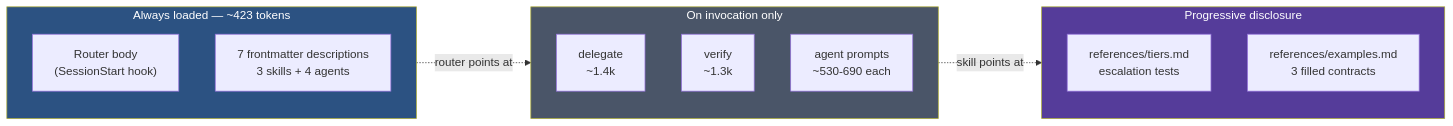
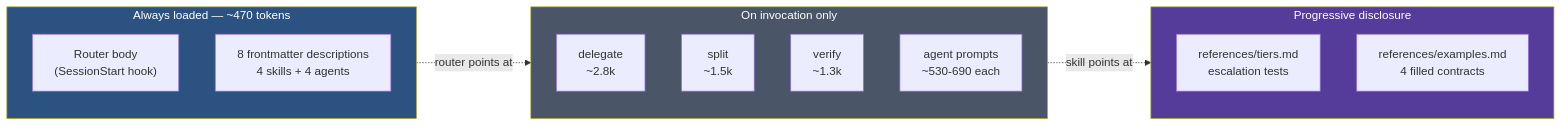
One commit to wojciech-arch/legate changed the second of 6 diagrams in README.md. Above: the diagram before and after it, drawn with Mermaid. The commit also changed other lines of this file, not shown here.

First line of the commit message:
docs(readme): diagrams and sections for split and verification tiers

````diff
--- a/README.md
+++ b/README.md
@@ -77,25 +83,26 @@
 ```mermaid
 flowchart LR
-    subgraph always ["Always loaded — ~423 tokens"]
+    subgraph always ["Always loaded — ~470 tokens"]
         RT["Router body<br/>(SessionStart hook)"]
-        FM["7 frontmatter descriptions<br/>3 skills + 4 agents"]
+        FM["8 frontmatter descriptions<br/>4 skills + 4 agents"]
     end
 
     subgraph lazy ["On invocation only"]
-        DEL["delegate<br/>~1.4k"]
+        DEL["delegate<br/>~2.8k"]
+        SPT["split<br/>~1.5k"]
         VFY["verify<br/>~1.3k"]
         AGT["agent prompts<br/>~530-690 each"]
     end
 
     subgraph deeper ["Progressive disclosure"]
         TIERS["references/tiers.md<br/>escalation tests"]
-        EX2["references/examples.md<br/>3 filled contracts"]
+        EX2["references/examples.md<br/>4 filled contracts"]
     end
 
     always -.->|"router points at"| lazy
     lazy -.->|"skill points at"| deeper
 
     style always fill:#2c5282,color:#fff
     style lazy fill:#4a5568,color:#fff
     style deeper fill:#553c9a,color:#fff
 ```
````
